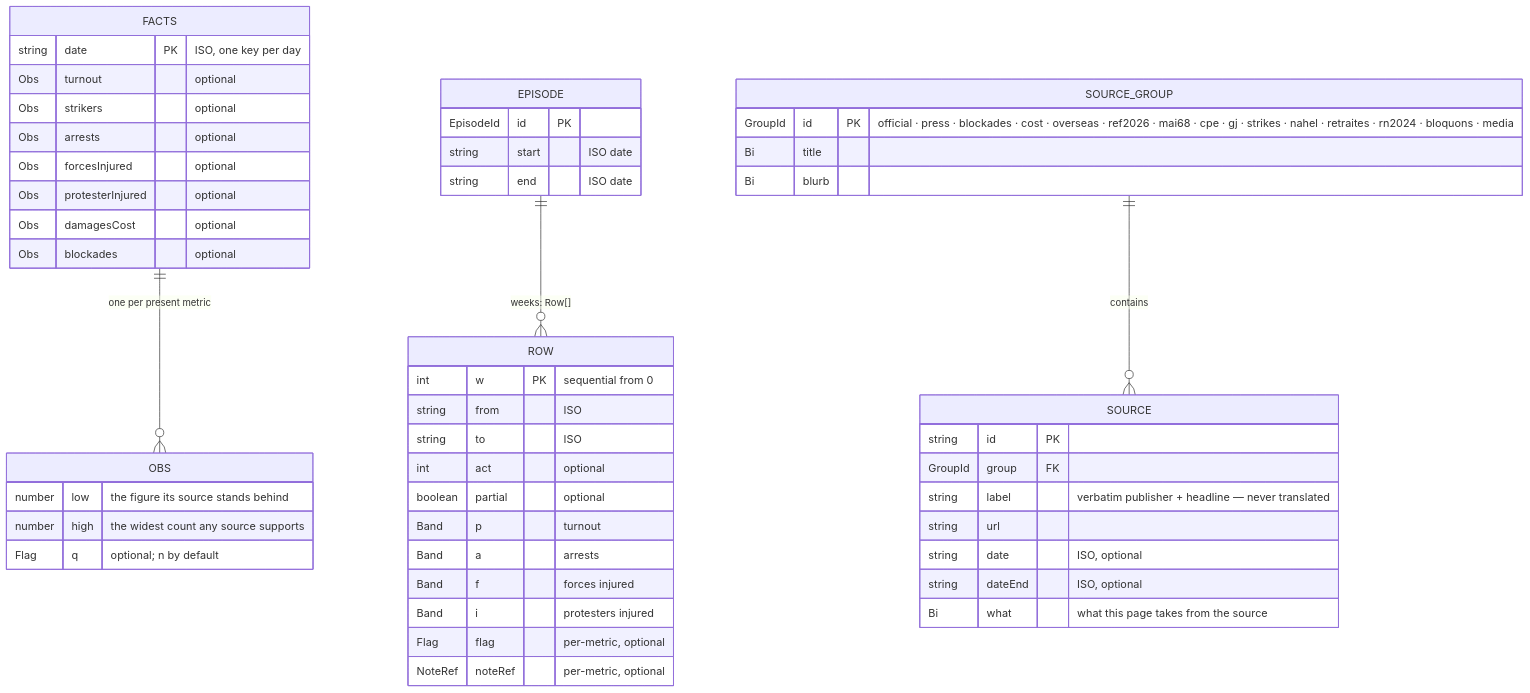
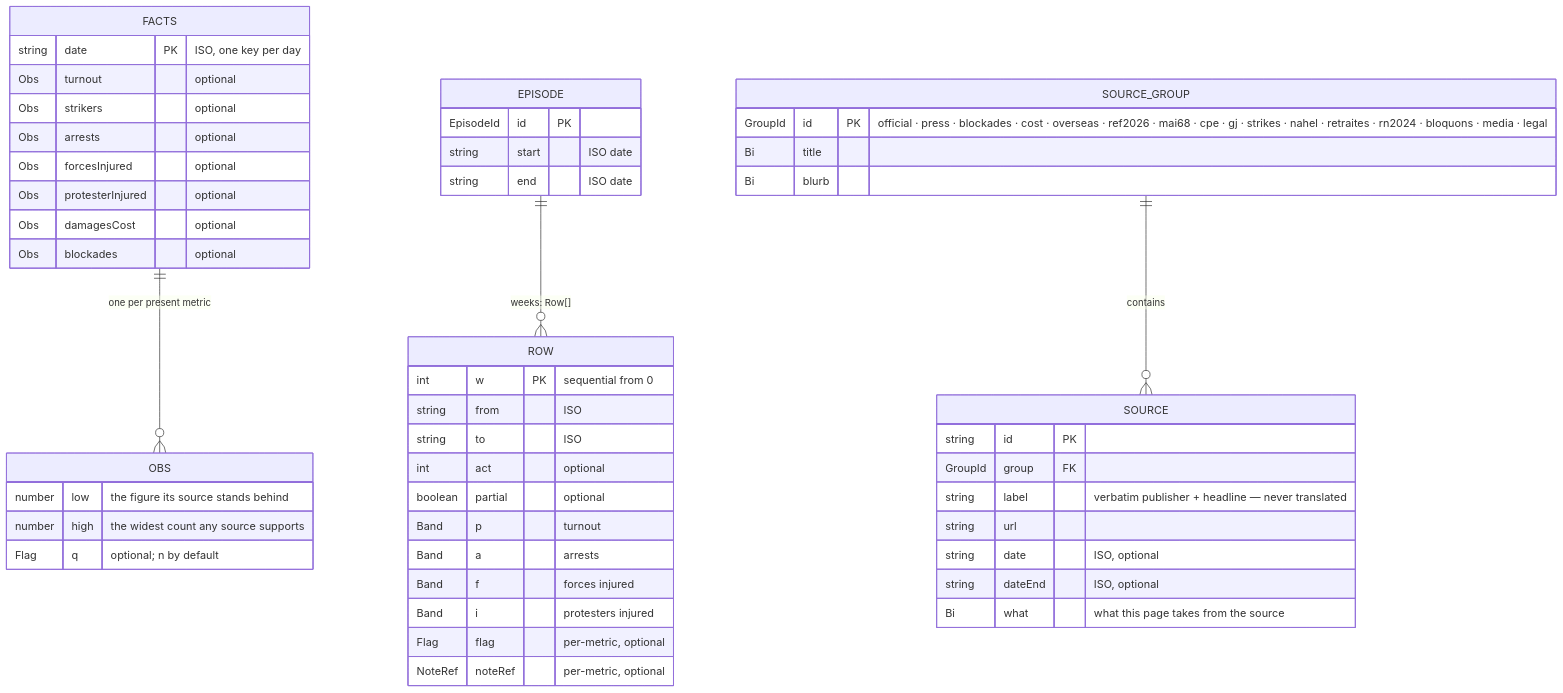
Before and after one commit to Manifestigations/Dataset: the first of 2 diagrams in README.md, drawn with Mermaid. The commit also changed other lines of this file and 2 other files, not shown here.

````diff
--- a/README.md
+++ b/README.md
@@ -148,54 +220,54 @@
 ```mermaid
 erDiagram
     FACTS {
         string date PK "ISO, one key per day"
         Obs turnout "optional"
         Obs strikers "optional"
         Obs arrests "optional"
         Obs forcesInjured "optional"
         Obs protesterInjured "optional"
         Obs damagesCost "optional"
         Obs blockades "optional"
     }
     OBS {
         number low "the figure its source stands behind"
         number high "the widest count any source supports"
         Flag q "optional; n by default"
     }
     EPISODE {
         EpisodeId id PK
         string start "ISO date"
         string end "ISO date"
     }
     ROW {
         int w PK "sequential from 0"
         string from "ISO"
         string to "ISO"
         int act "optional"
         boolean partial "optional"
         Band p "turnout"
         Band a "arrests"
         Band f "forces injured"
         Band i "protesters injured"
         Flag flag "per-metric, optional"
         NoteRef noteRef "per-metric, optional"
     }
     SOURCE_GROUP {
-        GroupId id PK "official · press · blockades · cost · overseas · ref2026 · mai68 · cpe · gj · strikes · nahel · retraites · rn2024 · bloquons · media"
+        GroupId id PK "official · press · blockades · cost · overseas · ref2026 · mai68 · cpe · gj · strikes · nahel · retraites · rn2024 · bloquons · media · legal"
         Bi title
         Bi blurb
     }
     SOURCE {
         string id PK
         GroupId group FK
         string label "verbatim publisher + headline — never translated"
         string url
         string date "ISO, optional"
         string dateEnd "ISO, optional"
         Bi what "what this page takes from the source"
     }
 
     FACTS ||--o{ OBS : "one per present metric"
     EPISODE ||--o{ ROW : "weeks: Row[]"
     SOURCE_GROUP ||--o{ SOURCE : "contains"
 ```
````
